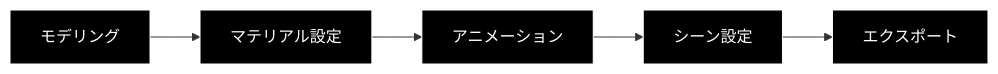
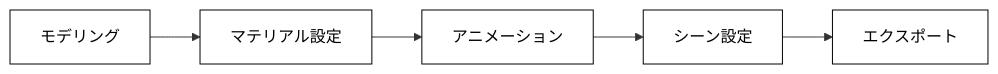
Before and after one commit to ukonpower/OREngine: the second of 2 diagrams in docs/integration/blender.md, drawn with Mermaid. The commit also changed other lines of this file and 6 other files, not shown here.

````diff
--- a/docs/integration/blender.md
+++ b/docs/integration/blender.md
@@ -114,13 +114,13 @@
 ```mermaid
 graph LR
     A[モデリング] --> B[マテリアル設定]
     B --> C[アニメーション]
     C --> D[シーン設定]
     D --> E[エクスポート]
 
-    style A fill:#000,stroke:#fff,color:#fff
-    style B fill:#000,stroke:#fff,color:#fff
-    style C fill:#000,stroke:#fff,color:#fff
-    style D fill:#000,stroke:#fff,color:#fff
-    style E fill:#000,stroke:#fff,color:#fff
+    style A fill:#fff,stroke:#000,color:#000
+    style B fill:#fff,stroke:#000,color:#000
+    style C fill:#fff,stroke:#000,color:#000
+    style D fill:#fff,stroke:#000,color:#000
+    style E fill:#fff,stroke:#000,color:#000
 ```
````
